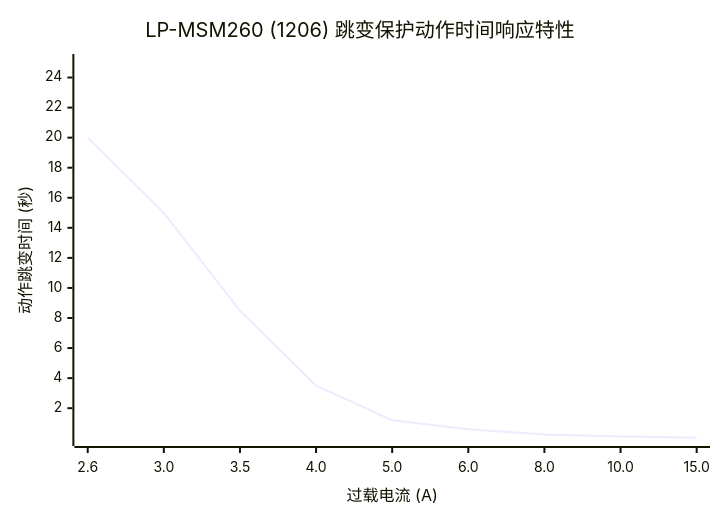
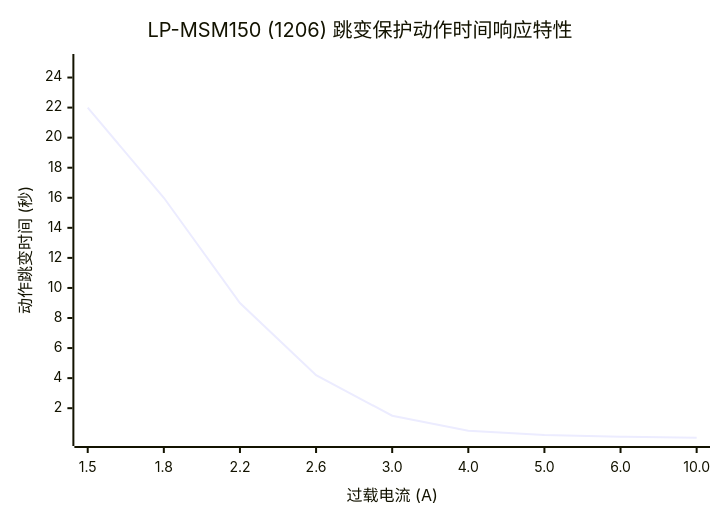
The third of 4 diagrams in 02_System_Design/03_Power_Design.md (finnianryan/USB3_19Pin-Expansion-Board-Project), drawn with Mermaid before and after one commit. The commit also changed other lines of this file and 7 other files, not shown here.

````diff
--- a/02_System_Design/03_Power_Design.md
+++ b/02_System_Design/03_Power_Design.md
@@ -233,7 +271,7 @@
 ```mermaid
 xychart-beta
-    title "LP-MSM260 (1206) 跳变保护动作时间响应特性"
-    x-axis "过载电流 (A)" [2.6, 3.0, 3.5, 4.0, 5.0, 6.0, 8.0, 10.0, 15.0]
+    title "LP-MSM150 (1206) 跳变保护动作时间响应特性"
+    x-axis "过载电流 (A)" [1.5, 1.8, 2.2, 2.6, 3.0, 4.0, 5.0, 6.0, 10.0]
     y-axis "动作跳变时间 (秒)" 0.05 --> 25
-    line [20.0, 15.0, 8.5, 3.5, 1.2, 0.6, 0.25, 0.12, 0.04]
+    line [22.0, 16.0, 9.0, 4.2, 1.5, 0.5, 0.22, 0.10, 0.03]
 ```
````
